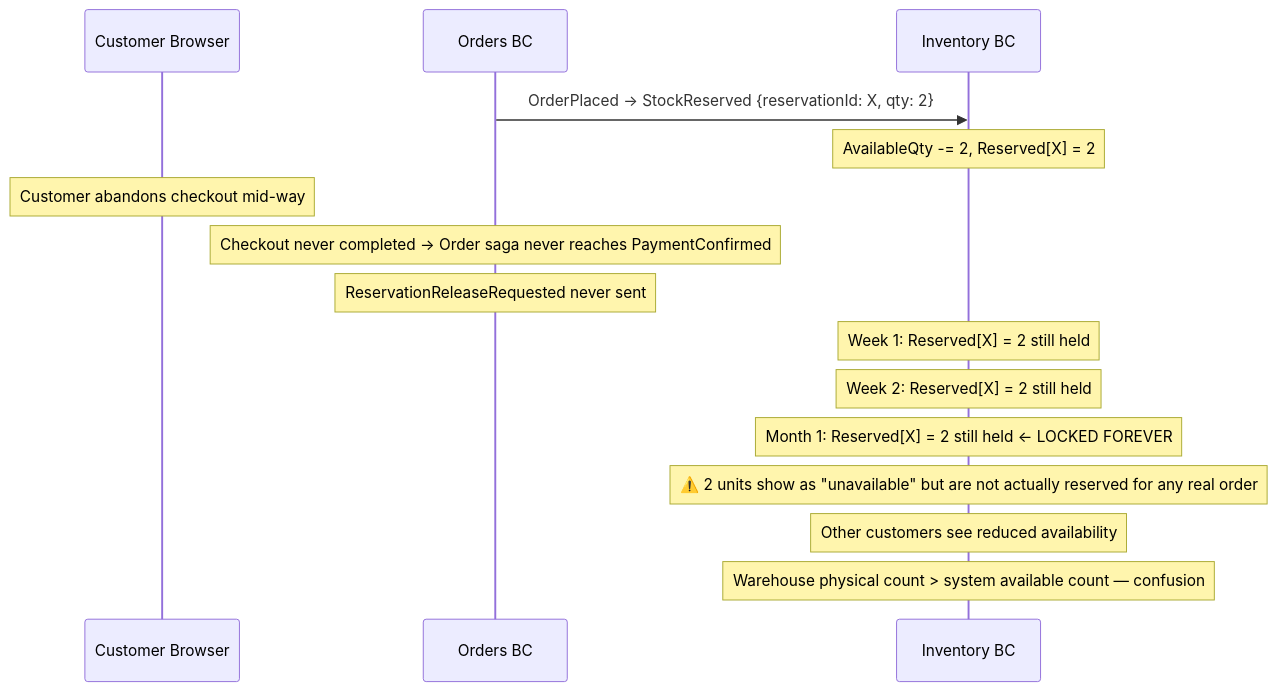
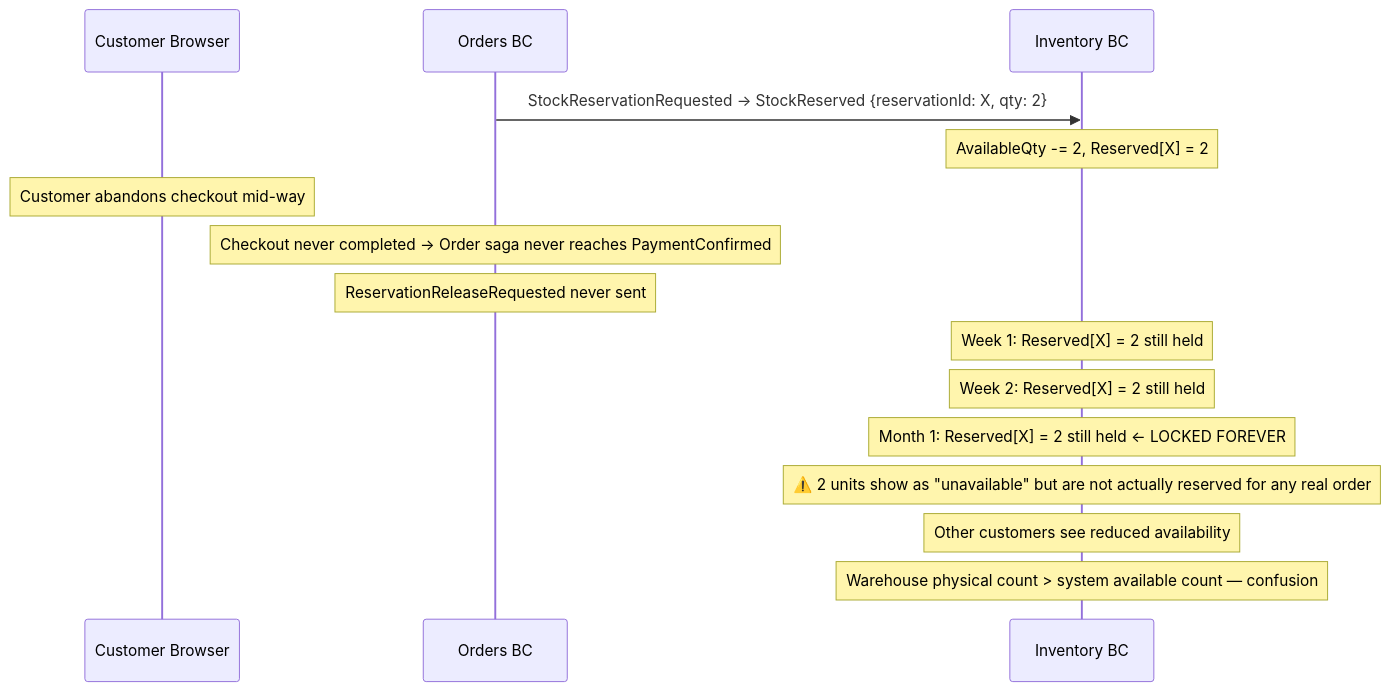
One commit to erikshafer/CritterSupply changed the sixth of 8 diagrams in src/Inventory/Inventory.Api/README.md. Above: the diagram before and after it, drawn with Mermaid. The commit also changed other lines of this file and 5 other files, not shown here.

````diff
--- a/src/Inventory/Inventory.Api/README.md
+++ b/src/Inventory/Inventory.Api/README.md
@@ -221,21 +224,21 @@
 ```mermaid
 sequenceDiagram
     participant Customer as Customer Browser
     participant Orders as Orders BC
     participant Inv as Inventory BC
 
-    Orders->>Inv: OrderPlaced → StockReserved {reservationId: X, qty: 2}
+    Orders->>Inv: StockReservationRequested → StockReserved {reservationId: X, qty: 2}
     Note over Inv: AvailableQty -= 2, Reserved[X] = 2
 
     Note over Customer: Customer abandons checkout mid-way
     Note over Orders: Checkout never completed → Order saga never reaches PaymentConfirmed
     Note over Orders: ReservationReleaseRequested never sent
 
     Note over Inv: Week 1: Reserved[X] = 2 still held
     Note over Inv: Week 2: Reserved[X] = 2 still held
     Note over Inv: Month 1: Reserved[X] = 2 still held ← LOCKED FOREVER
 
     Note over Inv: ⚠️ 2 units show as "unavailable" but are not actually reserved for any real order
     Note over Inv: Other customers see reduced availability
     Note over Inv: Warehouse physical count > system available count — confusion
 ```
````
